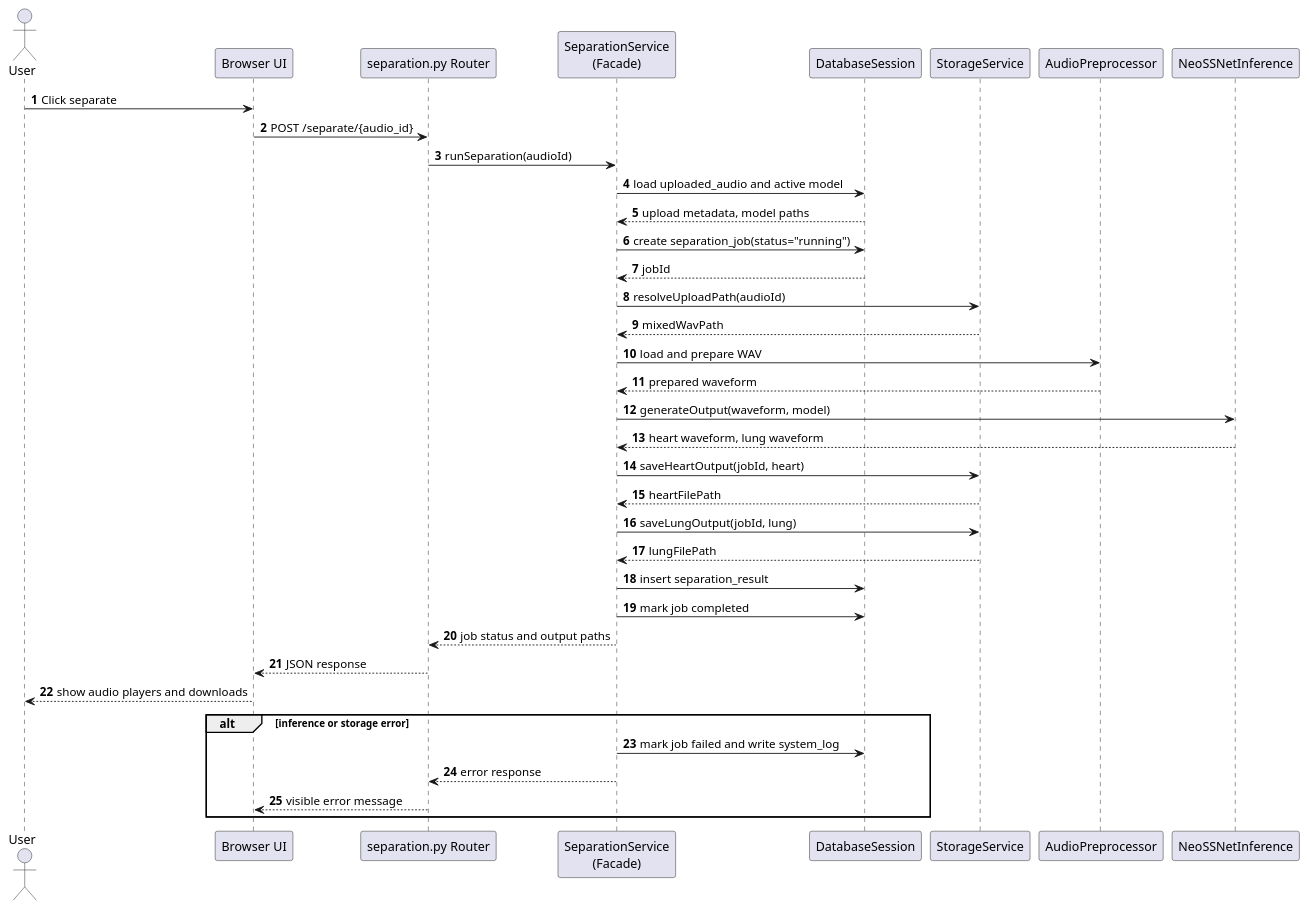
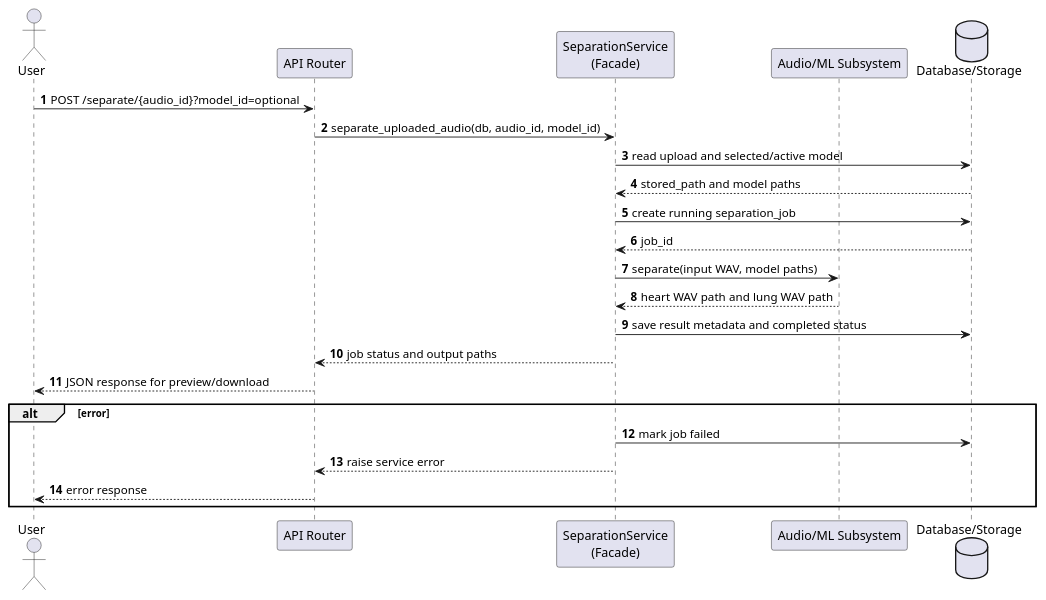
One commit to ASHRAF-2004/Machine-Learning-Based-System-for-Cardiopulmonary-Sound-Separation changed the diagram in docs/software_design_report/diagrams/puml/facade_sequence.puml. Above: the diagram before and after it, drawn with PlantUML. The commit also changed 15 other files, not shown here.

```diff
--- a/docs/software_design_report/diagrams/puml/facade_sequence.puml
+++ b/docs/software_design_report/diagrams/puml/facade_sequence.puml
@@ -1,53 +1,35 @@
 @startuml
 ' Facade Pattern sequence diagram.
-' Suggested LaTeX placement: landscape page if rendered wide.
+' Suggested LaTeX placement: normal page.
 
 skinparam shadowing false
 autonumber
 
 actor User
-participant "Browser UI" as Browser
-participant "separation.py Router" as Router
-participant "SeparationService\n(Facade)" as Facade
-participant "DatabaseSession" as DB
-participant "StorageService" as Storage
-participant "AudioPreprocessor" as Preprocessor
-participant "NeoSSNetInference" as Inference
+participant "API Router" as Router
+participant "SeparationService\n(Facade)" as Service
+participant "Audio/ML Subsystem" as ML
+database "Database/Storage" as Persistence
 
-User -> Browser : Click separate
-Browser -> Router : POST /separate/{audio_id}
-Router -> Facade : runSeparation(audioId)
+User -> Router : POST /separate/{audio_id}?model_id=optional
+Router -> Service : separate_uploaded_audio(db, audio_id, model_id)
 
-Facade -> DB : load uploaded_audio and active model
-DB --> Facade : upload metadata, model paths
+Service -> Persistence : read upload and selected/active model
+Persistence --> Service : stored_path and model paths
+Service -> Persistence : create running separation_job
+Persistence --> Service : job_id
 
-Facade -> DB : create separation_job(status="running")
-DB --> Facade : jobId
+Service -> ML : separate(input WAV, model paths)
+ML --> Service : heart WAV path and lung WAV path
 
-Facade -> Storage : resolveUploadPath(audioId)
-Storage --> Facade : mixedWavPath
+Service -> Persistence : save result metadata and completed status
+Service --> Router : job status and output paths
+Router --> User : JSON response for preview/download
 
-Facade -> Preprocessor : load and prepare WAV
-Preprocessor --> Facade : prepared waveform
-
-Facade -> Inference : generateOutput(waveform, model)
-Inference --> Facade : heart waveform, lung waveform
-
-Facade -> Storage : saveHeartOutput(jobId, heart)
-Storage --> Facade : heartFilePath
-Facade -> Storage : saveLungOutput(jobId, lung)
-Storage --> Facade : lungFilePath
-
-Facade -> DB : insert separation_result
-Facade -> DB : mark job completed
-Facade --> Router : job status and output paths
-Router --> Browser : JSON response
-Browser --> User : show audio players and downloads
-
-alt inference or storage error
-  Facade -> DB : mark job failed and write system_log
-  Facade --> Router : error response
-  Router --> Browser : visible error message
+alt error
+  Service -> Persistence : mark job failed
+  Service --> Router : raise service error
+  Router --> User : error response
 end
 
 @enduml
```
